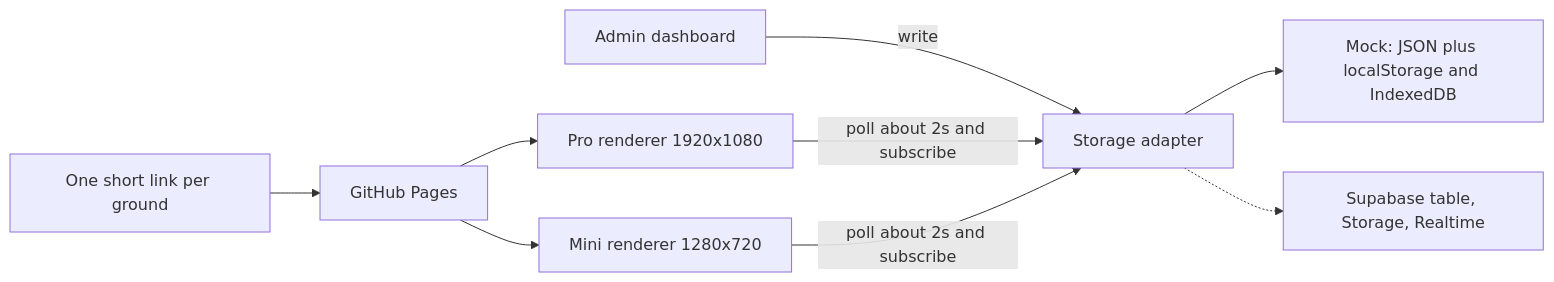
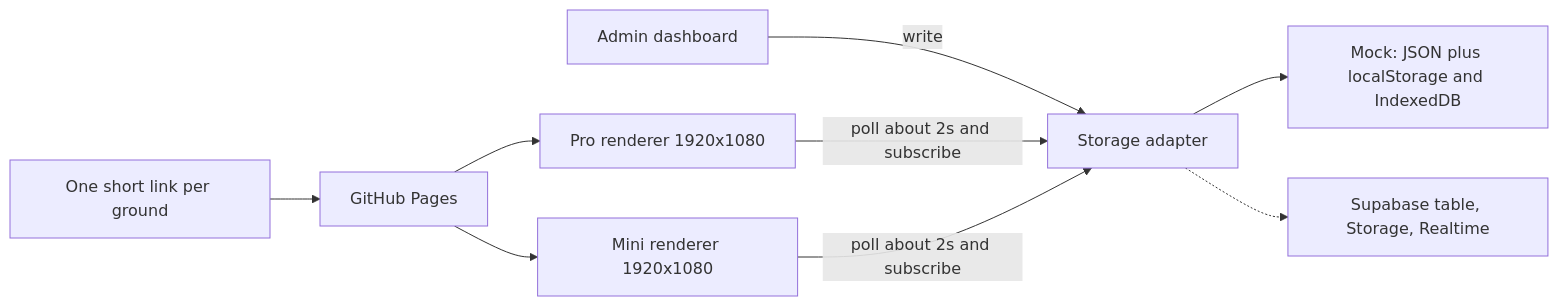
The first of 2 diagrams in README.md (chriskeys19-bot/pulseplay-cricketstream-overlays), drawn with Mermaid before and after one commit. The commit also changed other lines of this file and 8 other files, not shown here.

````diff
--- a/README.md
+++ b/README.md
@@ -18,20 +18,20 @@
 ```mermaid
 flowchart LR
   admin[Admin dashboard]
   adapter[Storage adapter]
   mock[Mock: JSON plus localStorage and IndexedDB]
   future[Supabase table, Storage, Realtime]
   pro[Pro renderer 1920x1080]
-  mini[Mini renderer 1280x720]
+  mini[Mini renderer 1920x1080]
   shortLink[One short link per ground]
   pages[GitHub Pages]
 
   admin -->|write| adapter
   adapter --> mock
   adapter -.-> future
   pro -->|poll about 2s and subscribe| adapter
   mini -->|poll about 2s and subscribe| adapter
   shortLink --> pages
   pages --> pro
   pages --> mini
 ```
````
